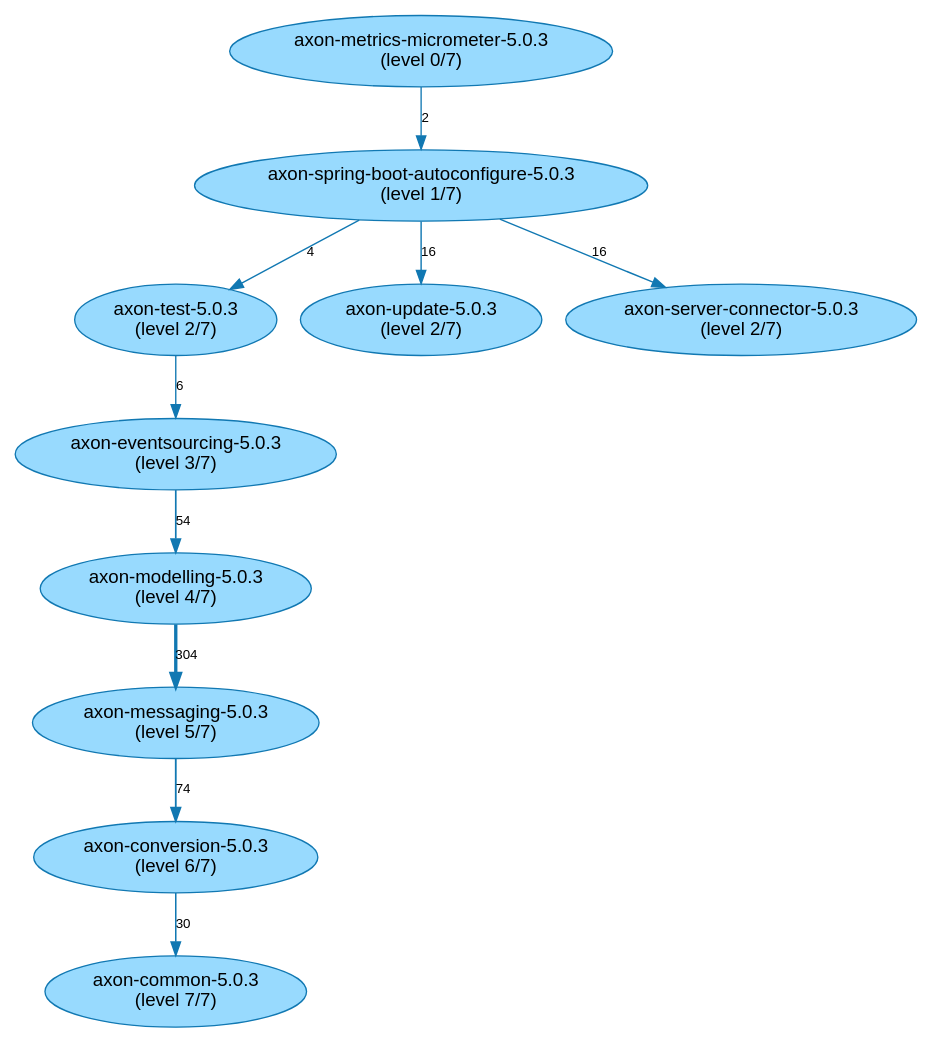
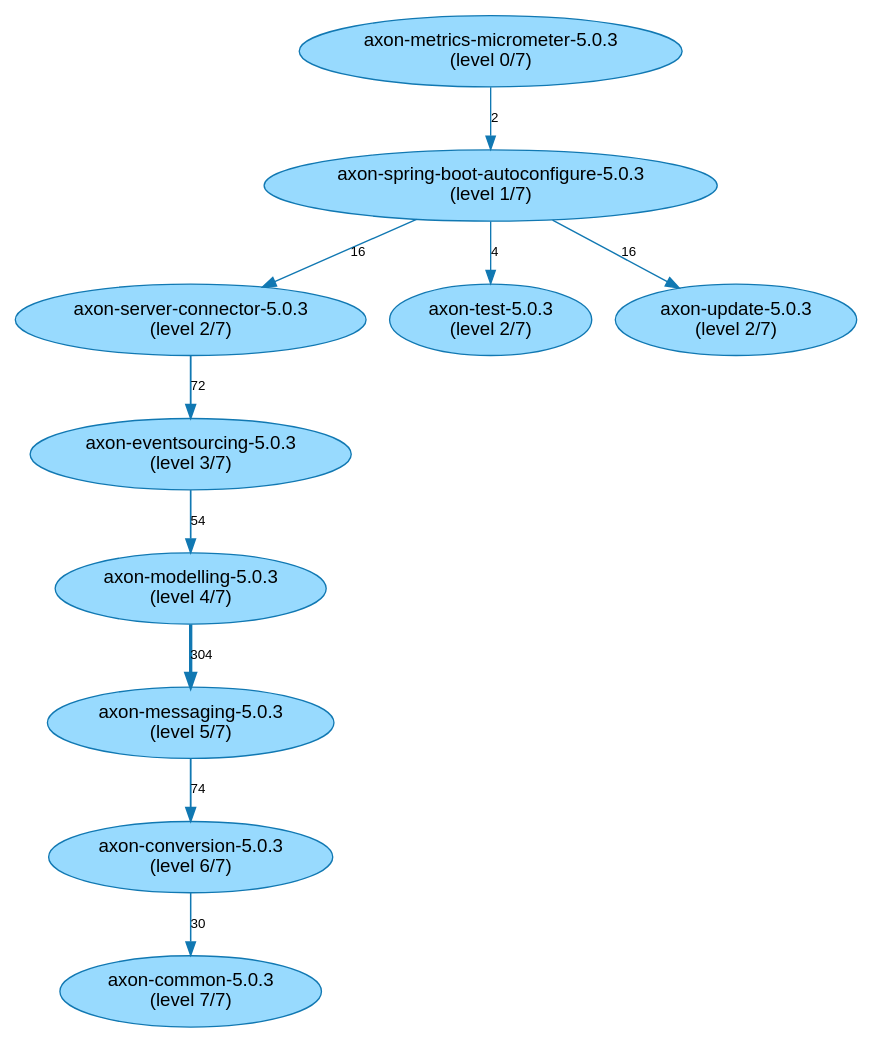
The diagram in analysis-results/AxonFramework/latest/path-finding-visualization/JavaArtifactLongestPathsIsolated.gv (JohT/code-graph-analysis-examples), drawn with Graphviz before and after one commit. The commit also changed 705 other files, not shown here.

```diff
--- a/analysis-results/AxonFramework/latest/path-finding-visualization/JavaArtifactLongestPathsIsolated.gv
+++ b/analysis-results/AxonFramework/latest/path-finding-visualization/JavaArtifactLongestPathsIsolated.gv
@@ -1,41 +1,41 @@
 // This GraphViz dot file was generated by the script convertQueryResultCsvToGraphVizDotFile.sh with default.template
 
 strict digraph JavaArtifactLongestPathsIsolated {
     fontname = "Helvetica,Arial,sans-serif";
     node [fontname = "Helvetica,Arial,sans-serif";];
     edge [fontname = "Helvetica,Arial,sans-serif"; fontsize = 10;];
     node [style = filled; fillcolor = "0.560 0.400 0.999";];
     node [color = "0.560 0.900 0.700";];
     edge [color = "0.560 0.900 0.700";];
 	"axon-metrics-micrometer-5.0.3\n(level 0/7)" -> "axon-spring-boot-autoconfigure-5.0.3\n(level 1/7)" [label=2; penwidth=1.0; ];
-	"axon-spring-boot-autoconfigure-5.0.3\n(level 1/7)" -> "axon-test-5.0.3\n(level 2/7)" [label=4; penwidth=1.01; ];
-	"axon-test-5.0.3\n(level 2/7)" -> "axon-eventsourcing-5.0.3\n(level 3/7)" [label=6; penwidth=1.02; ];
+	"axon-spring-boot-autoconfigure-5.0.3\n(level 1/7)" -> "axon-server-connector-5.0.3\n(level 2/7)" [label=16; penwidth=1.07; ];
+	"axon-server-connector-5.0.3\n(level 2/7)" -> "axon-eventsourcing-5.0.3\n(level 3/7)" [label=72; penwidth=1.35; ];
 	"axon-eventsourcing-5.0.3\n(level 3/7)" -> "axon-modelling-5.0.3\n(level 4/7)" [label=54; penwidth=1.26; ];
 	"axon-modelling-5.0.3\n(level 4/7)" -> "axon-messaging-5.0.3\n(level 5/7)" [label=304; penwidth=2.5; ];
 	"axon-messaging-5.0.3\n(level 5/7)" -> "axon-conversion-5.0.3\n(level 6/7)" [label=74; penwidth=1.36; ];
 	"axon-conversion-5.0.3\n(level 6/7)" -> "axon-common-5.0.3\n(level 7/7)" [label=30; penwidth=1.14; ];
 	"axon-metrics-micrometer-5.0.3\n(level 0/7)" -> "axon-spring-boot-autoconfigure-5.0.3\n(level 1/7)" [label=2; penwidth=1.0; ];
-	"axon-spring-boot-autoconfigure-5.0.3\n(level 1/7)" -> "axon-test-5.0.3\n(level 2/7)" [label=4; penwidth=1.01; ];
-	"axon-test-5.0.3\n(level 2/7)" -> "axon-eventsourcing-5.0.3\n(level 3/7)" [label=6; penwidth=1.02; ];
+	"axon-spring-boot-autoconfigure-5.0.3\n(level 1/7)" -> "axon-server-connector-5.0.3\n(level 2/7)" [label=16; penwidth=1.07; ];
+	"axon-server-connector-5.0.3\n(level 2/7)" -> "axon-eventsourcing-5.0.3\n(level 3/7)" [label=72; penwidth=1.35; ];
 	"axon-eventsourcing-5.0.3\n(level 3/7)" -> "axon-modelling-5.0.3\n(level 4/7)" [label=54; penwidth=1.26; ];
 	"axon-modelling-5.0.3\n(level 4/7)" -> "axon-messaging-5.0.3\n(level 5/7)" [label=304; penwidth=2.5; ];
 	"axon-messaging-5.0.3\n(level 5/7)" -> "axon-conversion-5.0.3\n(level 6/7)" [label=74; penwidth=1.36; ];
 	"axon-metrics-micrometer-5.0.3\n(level 0/7)" -> "axon-spring-boot-autoconfigure-5.0.3\n(level 1/7)" [label=2; penwidth=1.0; ];
-	"axon-spring-boot-autoconfigure-5.0.3\n(level 1/7)" -> "axon-test-5.0.3\n(level 2/7)" [label=4; penwidth=1.01; ];
-	"axon-test-5.0.3\n(level 2/7)" -> "axon-eventsourcing-5.0.3\n(level 3/7)" [label=6; penwidth=1.02; ];
+	"axon-spring-boot-autoconfigure-5.0.3\n(level 1/7)" -> "axon-server-connector-5.0.3\n(level 2/7)" [label=16; penwidth=1.07; ];
+	"axon-server-connector-5.0.3\n(level 2/7)" -> "axon-eventsourcing-5.0.3\n(level 3/7)" [label=72; penwidth=1.35; ];
 	"axon-eventsourcing-5.0.3\n(level 3/7)" -> "axon-modelling-5.0.3\n(level 4/7)" [label=54; penwidth=1.26; ];
 	"axon-modelling-5.0.3\n(level 4/7)" -> "axon-messaging-5.0.3\n(level 5/7)" [label=304; penwidth=2.5; ];
 	"axon-metrics-micrometer-5.0.3\n(level 0/7)" -> "axon-spring-boot-autoconfigure-5.0.3\n(level 1/7)" [label=2; penwidth=1.0; ];
-	"axon-spring-boot-autoconfigure-5.0.3\n(level 1/7)" -> "axon-test-5.0.3\n(level 2/7)" [label=4; penwidth=1.01; ];
-	"axon-test-5.0.3\n(level 2/7)" -> "axon-eventsourcing-5.0.3\n(level 3/7)" [label=6; penwidth=1.02; ];
+	"axon-spring-boot-autoconfigure-5.0.3\n(level 1/7)" -> "axon-server-connector-5.0.3\n(level 2/7)" [label=16; penwidth=1.07; ];
+	"axon-server-connector-5.0.3\n(level 2/7)" -> "axon-eventsourcing-5.0.3\n(level 3/7)" [label=72; penwidth=1.35; ];
 	"axon-eventsourcing-5.0.3\n(level 3/7)" -> "axon-modelling-5.0.3\n(level 4/7)" [label=54; penwidth=1.26; ];
 	"axon-metrics-micrometer-5.0.3\n(level 0/7)" -> "axon-spring-boot-autoconfigure-5.0.3\n(level 1/7)" [label=2; penwidth=1.0; ];
-	"axon-spring-boot-autoconfigure-5.0.3\n(level 1/7)" -> "axon-test-5.0.3\n(level 2/7)" [label=4; penwidth=1.01; ];
-	"axon-test-5.0.3\n(level 2/7)" -> "axon-eventsourcing-5.0.3\n(level 3/7)" [label=6; penwidth=1.02; ];
+	"axon-spring-boot-autoconfigure-5.0.3\n(level 1/7)" -> "axon-server-connector-5.0.3\n(level 2/7)" [label=16; penwidth=1.07; ];
+	"axon-server-connector-5.0.3\n(level 2/7)" -> "axon-eventsourcing-5.0.3\n(level 3/7)" [label=72; penwidth=1.35; ];
 	"axon-spring-boot-autoconfigure-5.0.3\n(level 1/7)" -> "axon-test-5.0.3\n(level 2/7)" [label=4; penwidth=1.01; ];
 	"axon-metrics-micrometer-5.0.3\n(level 0/7)" -> "axon-spring-boot-autoconfigure-5.0.3\n(level 1/7)" [label=2; penwidth=1.0; ];
 	"axon-spring-boot-autoconfigure-5.0.3\n(level 1/7)" -> "axon-update-5.0.3\n(level 2/7)" [label=16; penwidth=1.07; ];
 	"axon-metrics-micrometer-5.0.3\n(level 0/7)" -> "axon-spring-boot-autoconfigure-5.0.3\n(level 1/7)" [label=2; penwidth=1.0; ];
 	"axon-spring-boot-autoconfigure-5.0.3\n(level 1/7)" -> "axon-server-connector-5.0.3\n(level 2/7)" [label=16; penwidth=1.07; ];
 	"axon-metrics-micrometer-5.0.3\n(level 0/7)" -> "axon-spring-boot-autoconfigure-5.0.3\n(level 1/7)" [label=2; penwidth=1.0; ];
 }
```
